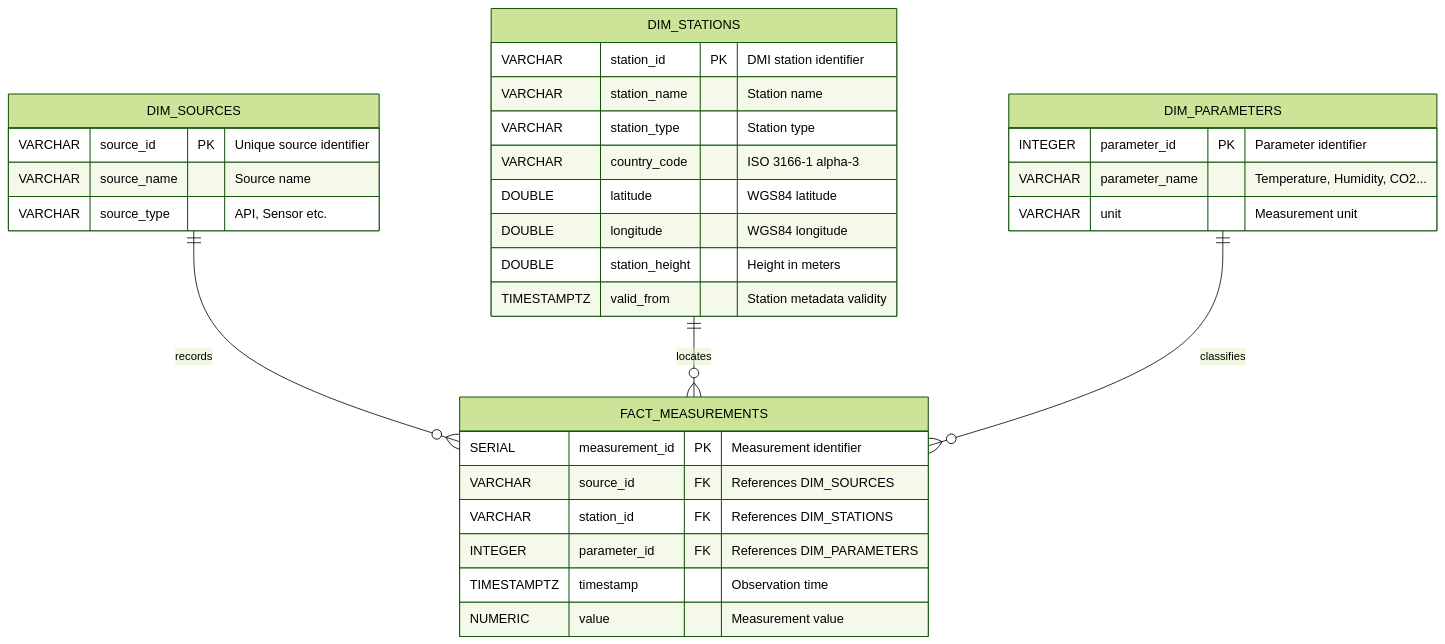
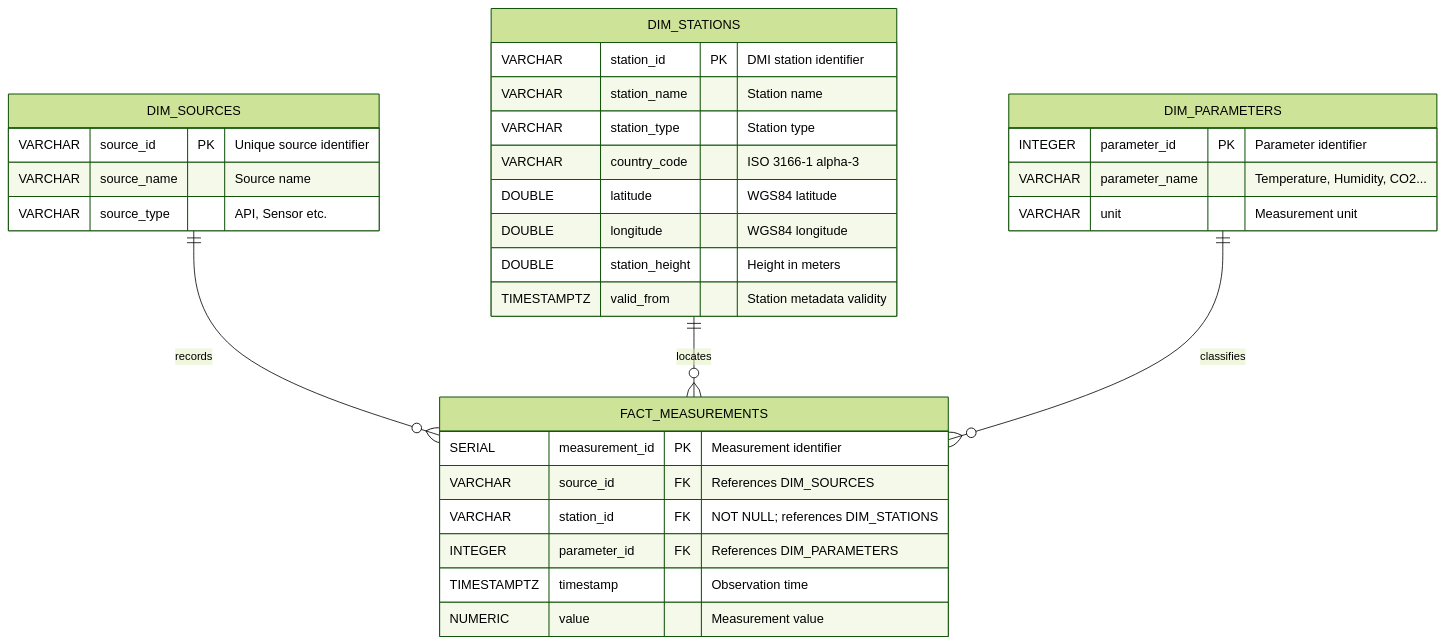
One commit to mielouise/environment_data_project changed the fourth of 4 diagrams in README.md. Above: the diagram before and after it, drawn with Mermaid (forest theme). The commit also changed other lines of this file and 4 other files, not shown here.

````diff
--- a/README.md
+++ b/README.md
@@ -652,38 +642,38 @@
 ```mermaid
 erDiagram
     DIM_SOURCES ||--o{ FACT_MEASUREMENTS : records
     DIM_STATIONS ||--o{ FACT_MEASUREMENTS : locates
     DIM_PARAMETERS ||--o{ FACT_MEASUREMENTS : classifies
 
     DIM_SOURCES {
         VARCHAR source_id PK "Unique source identifier"
         VARCHAR source_name "Source name"
         VARCHAR source_type "API, Sensor etc."
     }
 
     DIM_PARAMETERS {
         INTEGER parameter_id PK "Parameter identifier"
         VARCHAR parameter_name "Temperature, Humidity, CO2..."
         VARCHAR unit "Measurement unit"
     }
 
     DIM_STATIONS {
         VARCHAR station_id PK "DMI station identifier"
         VARCHAR station_name "Station name"
         VARCHAR station_type "Station type"
         VARCHAR country_code "ISO 3166-1 alpha-3"
         DOUBLE latitude "WGS84 latitude"
         DOUBLE longitude "WGS84 longitude"
         DOUBLE station_height "Height in meters"
         TIMESTAMPTZ valid_from "Station metadata validity"
     }
 
     FACT_MEASUREMENTS {
         SERIAL measurement_id PK "Measurement identifier"
         VARCHAR source_id FK "References DIM_SOURCES"
-        VARCHAR station_id FK "References DIM_STATIONS"
+        VARCHAR station_id FK "NOT NULL; references DIM_STATIONS"
         INTEGER parameter_id FK "References DIM_PARAMETERS"
         TIMESTAMPTZ timestamp "Observation time"
         NUMERIC value "Measurement value"
     }
 ```
````
